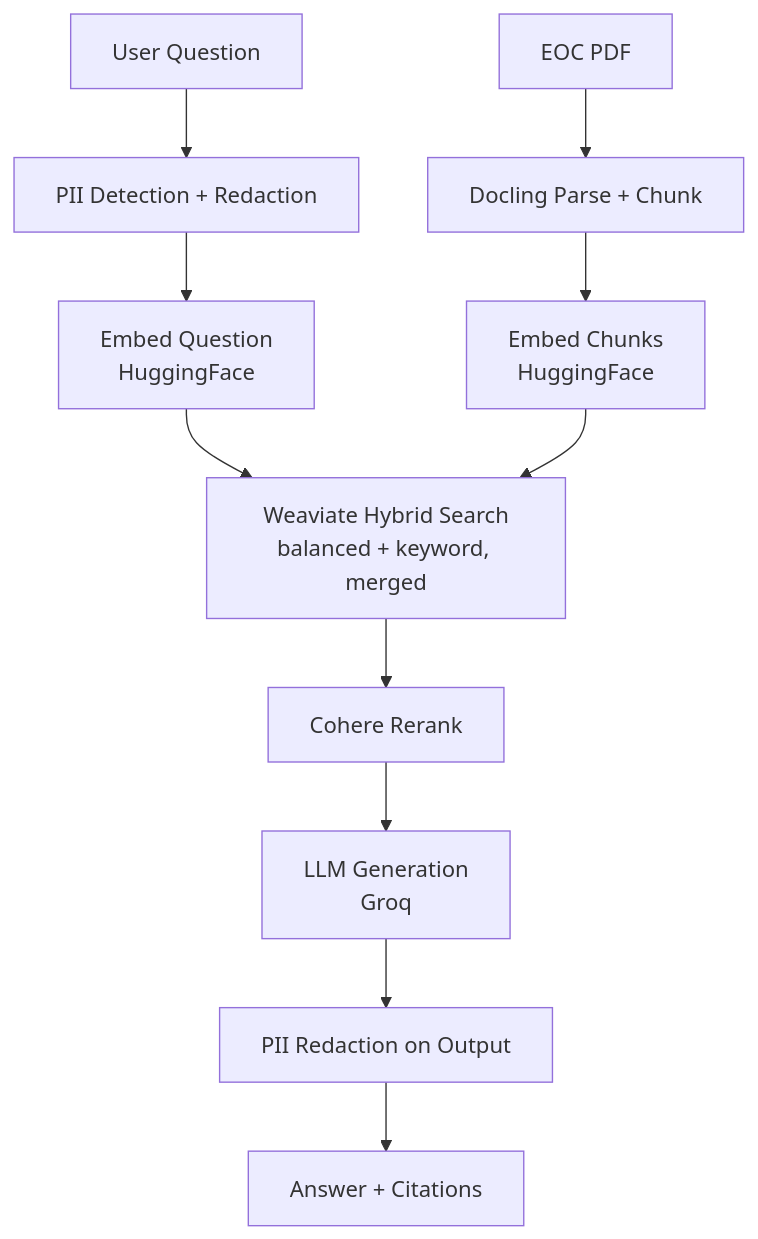
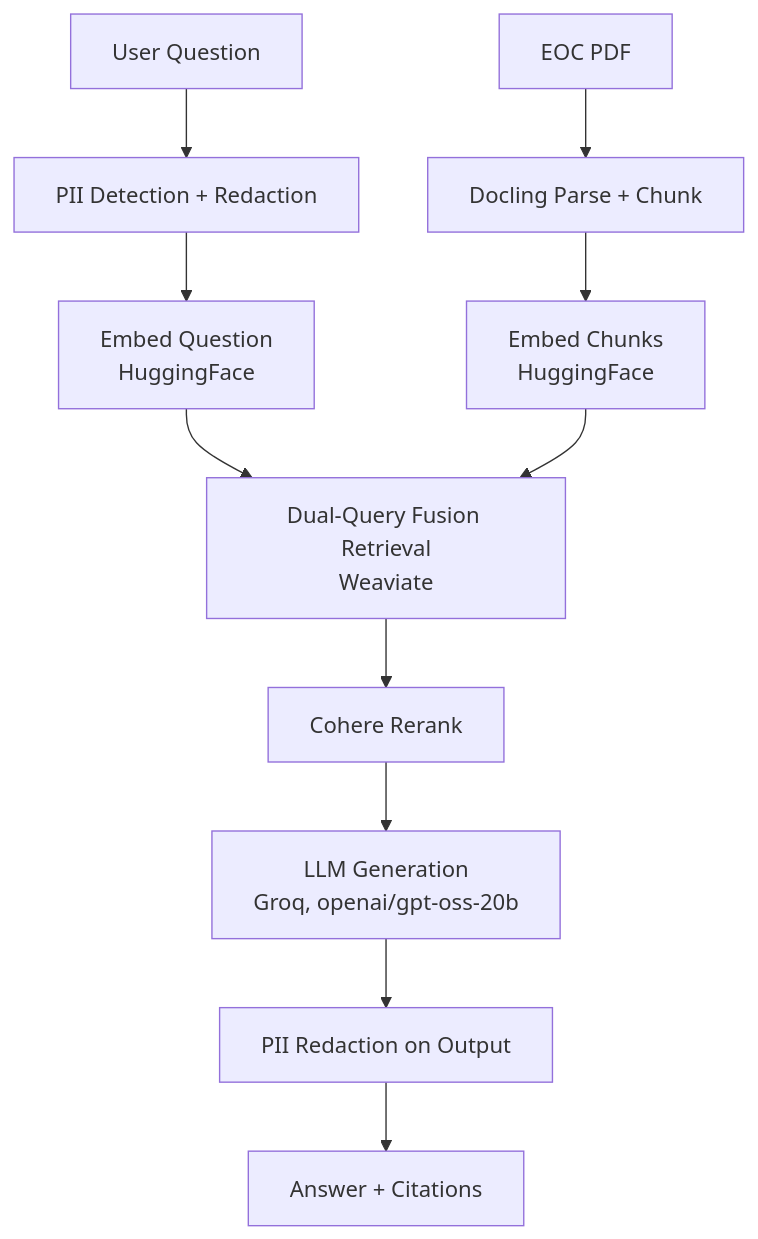
One commit to codedbylasya/health-insurance-rag changed the diagram in README.md. Above: the diagram before and after it, drawn with Mermaid. The commit also changed other lines of this file, not shown here.

````diff
--- a/README.md
+++ b/README.md
@@ -13,14 +12,14 @@
 ```mermaid
 flowchart TD
     A[User Question] --> B[PII Detection + Redaction]
     B --> C[Embed Question<br/>HuggingFace]
-    C --> D[Weaviate Hybrid Search<br/>balanced + keyword, merged]
+    C --> D[Dual-Query Fusion Retrieval<br/>Weaviate]
     D --> E[Cohere Rerank]
-    E --> F[LLM Generation<br/>Groq]
+    E --> F[LLM Generation<br/>Groq, openai/gpt-oss-20b]
     F --> G[PII Redaction on Output]
     G --> H[Answer + Citations]
 
     I[EOC PDF] --> J[Docling Parse + Chunk]
     J --> K[Embed Chunks<br/>HuggingFace]
     K --> D
 ```
````
